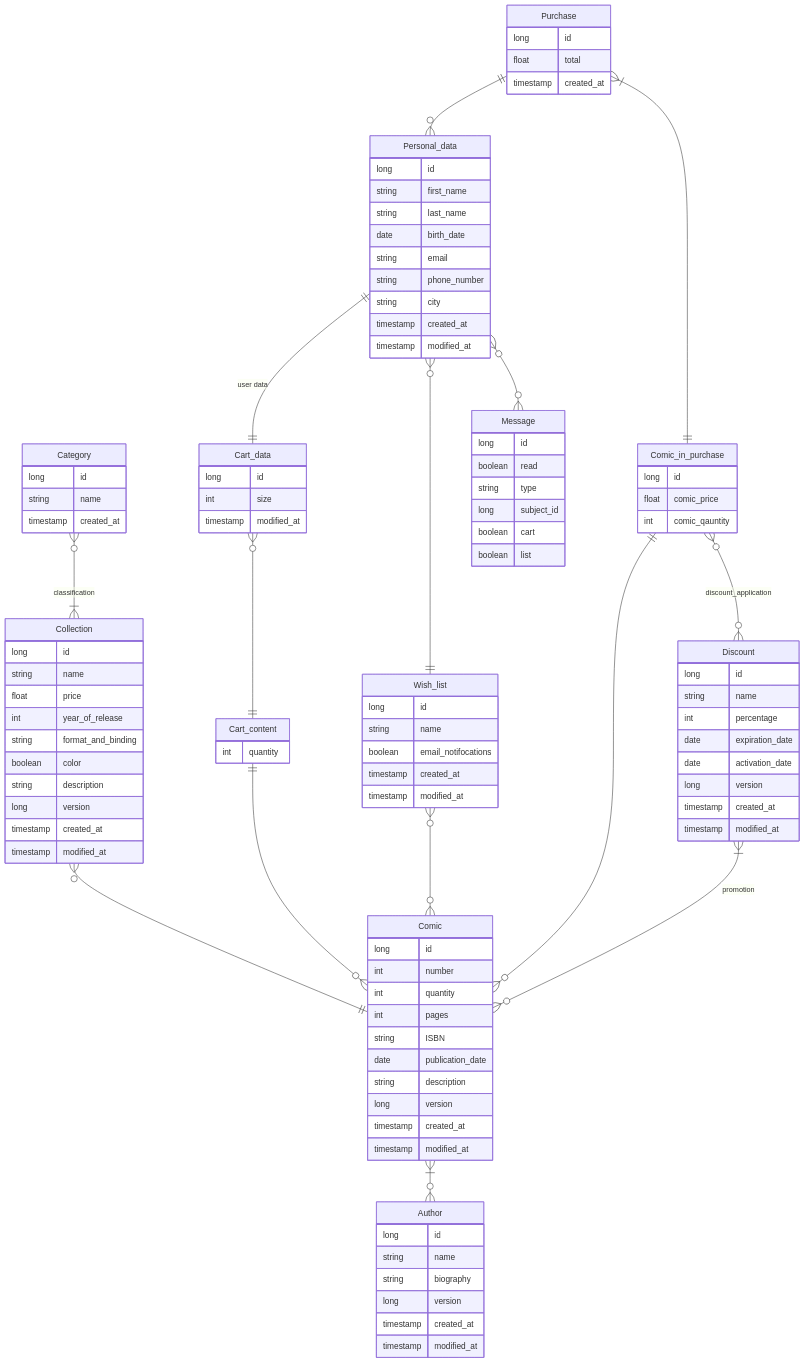
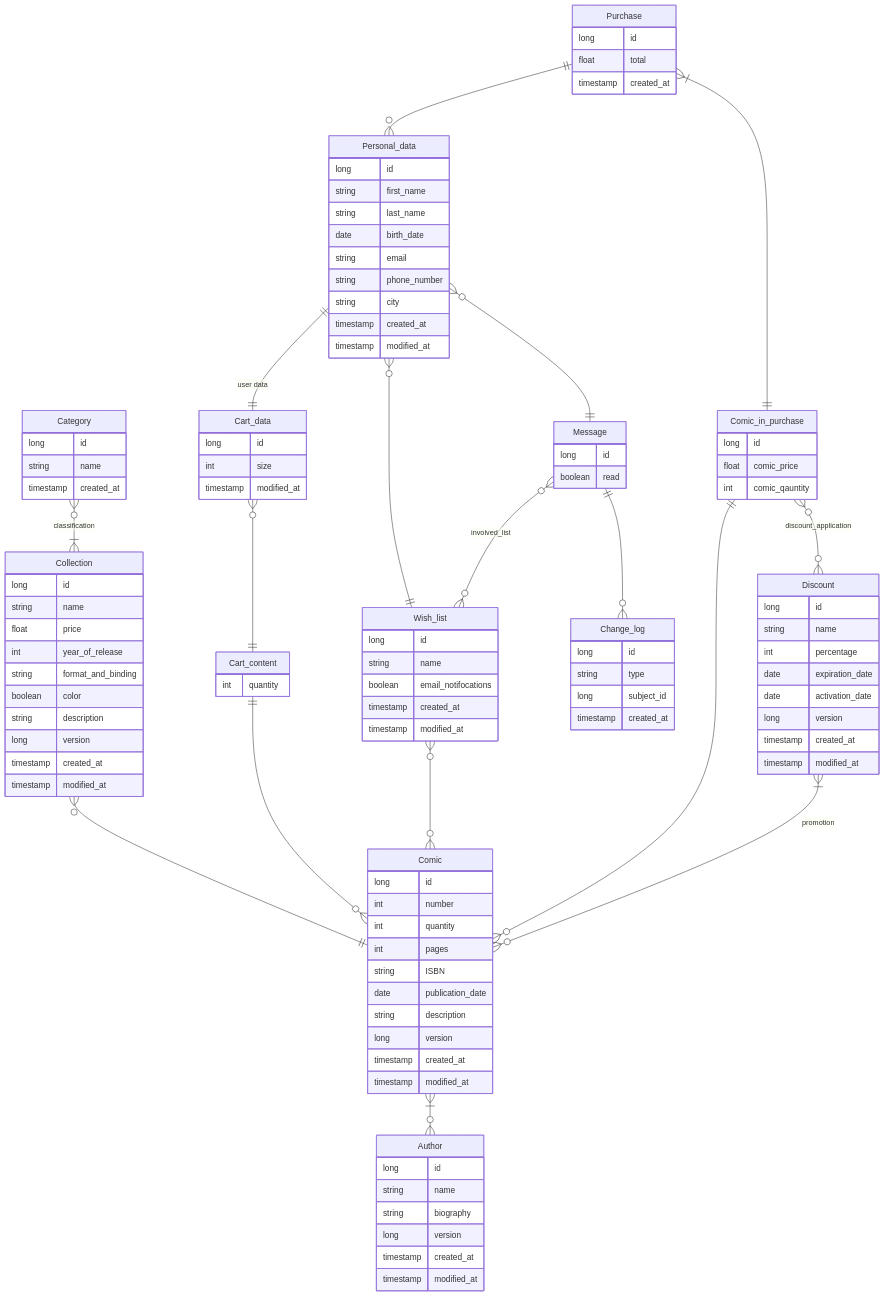
One commit to Enricods-i/Comics-Store-Backend changed the diagram in doc/database/Comics_store_ER_diagram.md. Above: the diagram before and after it, drawn with Mermaid. The commit also changed other lines of this file and 7 other files, not shown here.

Commit message:
DB-EN: Modificata struttura messaggi: ci sono due entità Message e ChangeLog

````diff
--- a/doc/database/Comics_store_ER_diagram.md
+++ b/doc/database/Comics_store_ER_diagram.md
@@ -16,7 +16,9 @@
     Purchase }|--|| Comic_in_purchase :""
     Comic_in_purchase ||--o{ Comic :""
     Comic_in_purchase }o--o{ Discount :discount_application
-    Personal_data }o--o{ Message :""
+    Personal_data }o--|| Message :""
+    Message }o--o{ Wish_list :"involved_list"
+    Message ||--o{ Change_log :""
 
     Personal_data {
         long id
@@ -112,13 +114,17 @@
         int comic_qauntity
     }
 
+    Change_log {
+        long id
+        string type
+        long subject_id
+        timestamp created_at
+    }
+
     Message {
         long id
         boolean read
-        string type
-        long subject_id
-        boolean cart
-        boolean list
     }
 
+
 ```
````
